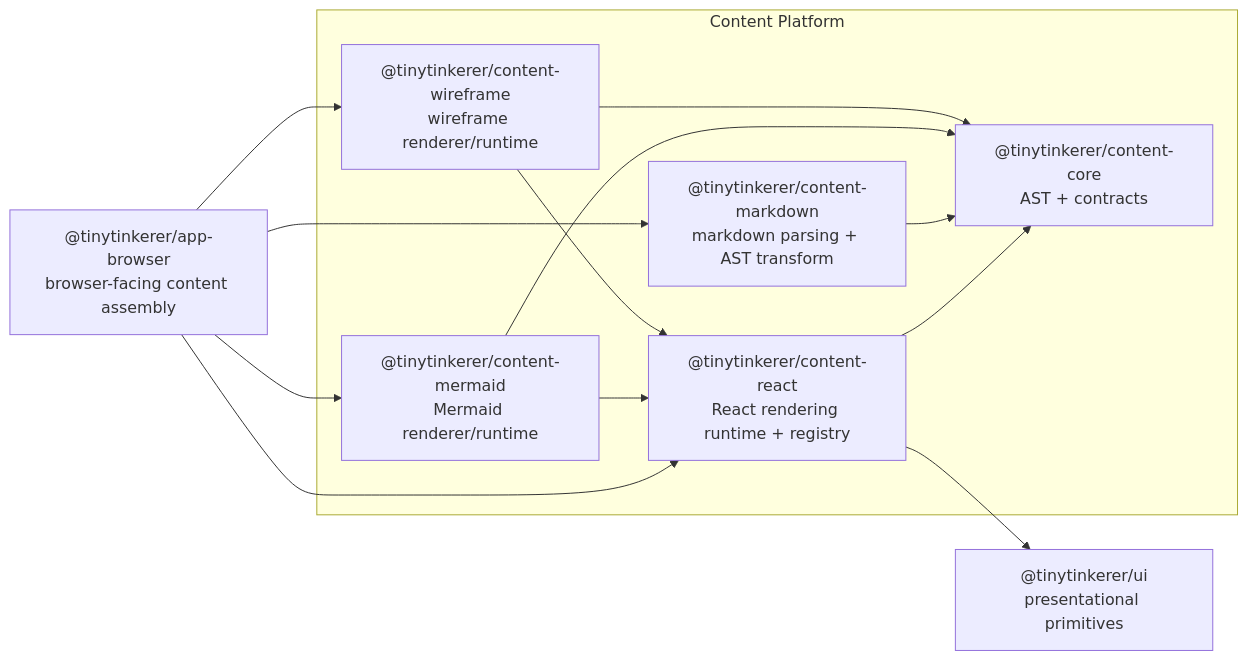
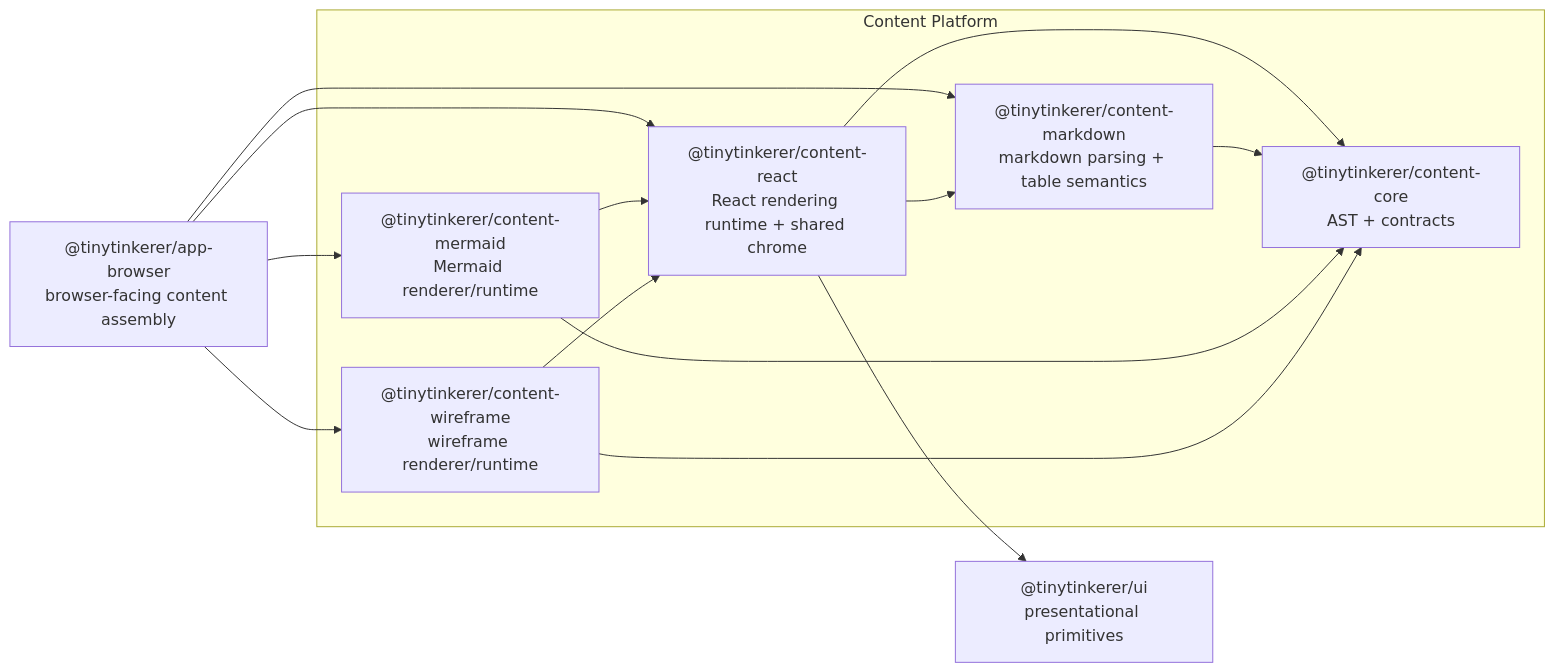
The diagram in docs/content-platform.md (NNTin/tinytinkerer), drawn with Mermaid before and after one commit. The commit also changed other lines of this file and 12 other files, not shown here.

Commit message:
refactor: SoC for copy, preview and code ownership and for table rendering

````diff
--- a/docs/content-platform.md
+++ b/docs/content-platform.md
@@ -175,30 +176,31 @@
 ```mermaid
 flowchart LR
   appbrowser["@tinytinkerer/app-browser<br/>browser-facing content assembly"]
 
   subgraph ContentPlatform["Content Platform"]
     contentcore["@tinytinkerer/content-core<br/>AST + contracts"]
-    contentreact["@tinytinkerer/content-react<br/>React rendering runtime + registry"]
-    contentmarkdown["@tinytinkerer/content-markdown<br/>markdown parsing + AST transform"]
+    contentreact["@tinytinkerer/content-react<br/>React rendering runtime + shared chrome"]
+    contentmarkdown["@tinytinkerer/content-markdown<br/>markdown parsing + table semantics"]
     contentmermaid["@tinytinkerer/content-mermaid<br/>Mermaid renderer/runtime"]
     contentwireframe["@tinytinkerer/content-wireframe<br/>wireframe renderer/runtime"]
   end
 
   ui["@tinytinkerer/ui<br/>presentational primitives"]
 
   appbrowser --> contentreact
   appbrowser --> contentmarkdown
   appbrowser --> contentmermaid
   appbrowser --> contentwireframe
 
   contentreact --> contentcore
+  contentreact --> contentmarkdown
   contentreact --> ui
 
   contentmarkdown --> contentcore
 
   contentmermaid --> contentcore
   contentmermaid --> contentreact
 
   contentwireframe --> contentcore
   contentwireframe --> contentreact
 ```
````
